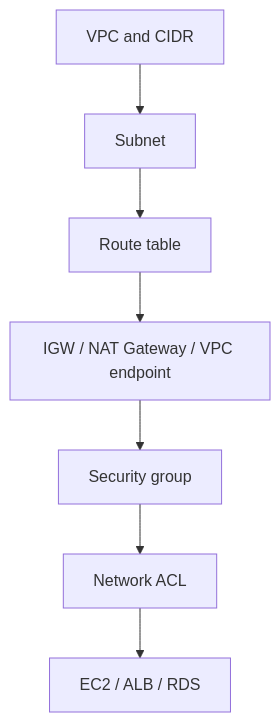
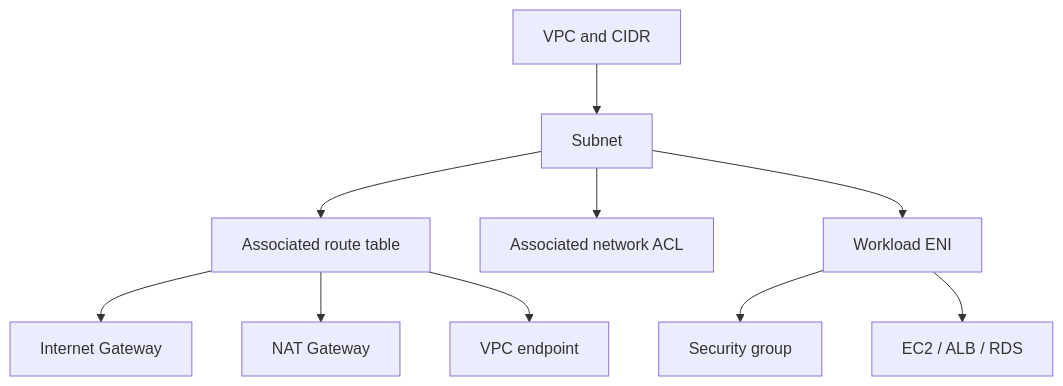
Before and after one commit to prakash16126/AWS-Documentation: the seventh of 22 diagrams in README.md, drawn with Mermaid. The commit also changed other lines of this file, not shown here.

````diff
--- a/README.md
+++ b/README.md
@@ -371,9 +482,12 @@
 ```mermaid
 flowchart TD
     VPC[VPC and CIDR] --> Subnet[Subnet]
-    Subnet --> RT[Route table]
-    RT --> Paths[IGW / NAT Gateway / VPC endpoint]
-    Paths --> SG[Security group]
-    SG --> NACL[Network ACL]
-    NACL --> Workload[EC2 / ALB / RDS]
+    Subnet --> RT[Associated route table]
+    Subnet --> NACL[Associated network ACL]
+    Subnet --> ENI[Workload ENI]
+    ENI --> SG[Security group]
+    ENI --> Workload[EC2 / ALB / RDS]
+    RT --> IGW[Internet Gateway]
+    RT --> NAT[NAT Gateway]
+    RT --> Endpoint[VPC endpoint]
 ```
````
